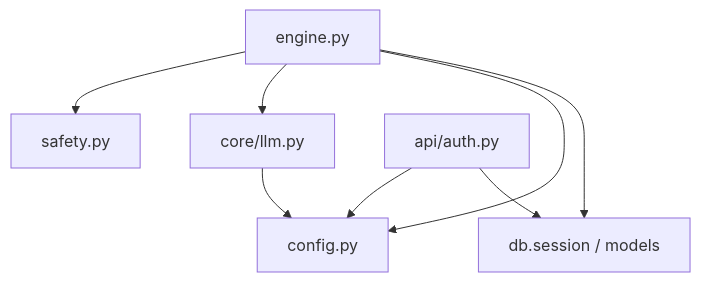
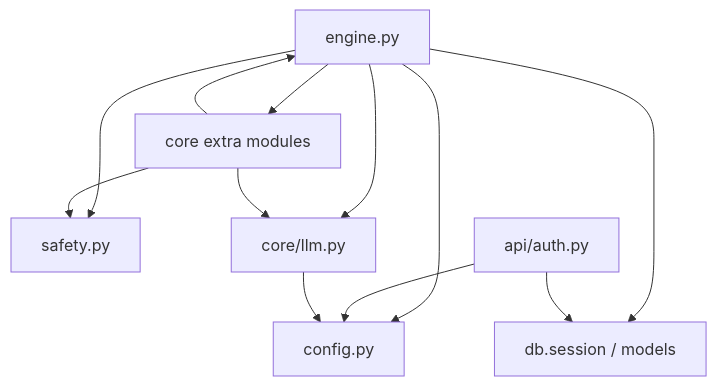
Before and after one commit to peace-lab-global/hush.ai: the ninth of 9 diagrams in .qoder/repowiki/zh/content/测试策略/单元测试.md, drawn with Mermaid. The commit also changed other lines of this file and 47 other files, not shown here.

````diff
--- a/.qoder/repowiki/zh/content/测试策略/单元测试.md
+++ b/.qoder/repowiki/zh/content/测试策略/单元测试.md
@@ -379,10 +454,14 @@
 ```mermaid
 graph TB
 E["engine.py"] --> SAF["safety.py"]
 E --> LLM["core/llm.py"]
 E --> CFG["config.py"]
 E --> DB["db.session / models"]
+E --> COREEX["core extra modules"]
 A["api/auth.py"] --> CFG
 A --> DB
 LLM --> CFG
+COREEX --> E
+COREEX --> SAF
+COREEX --> LLM
 ```
````
